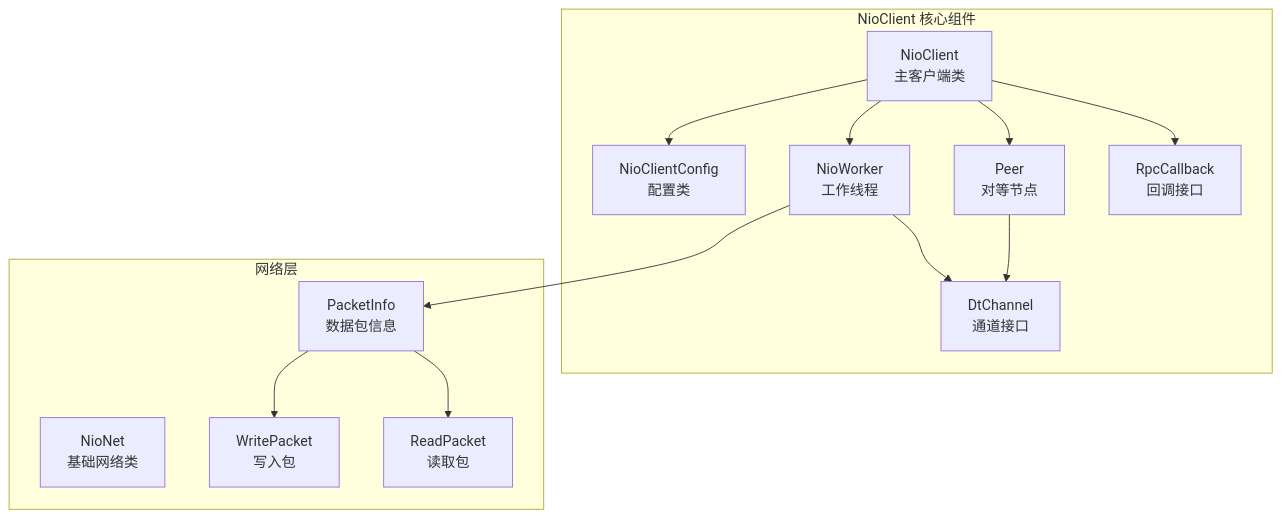
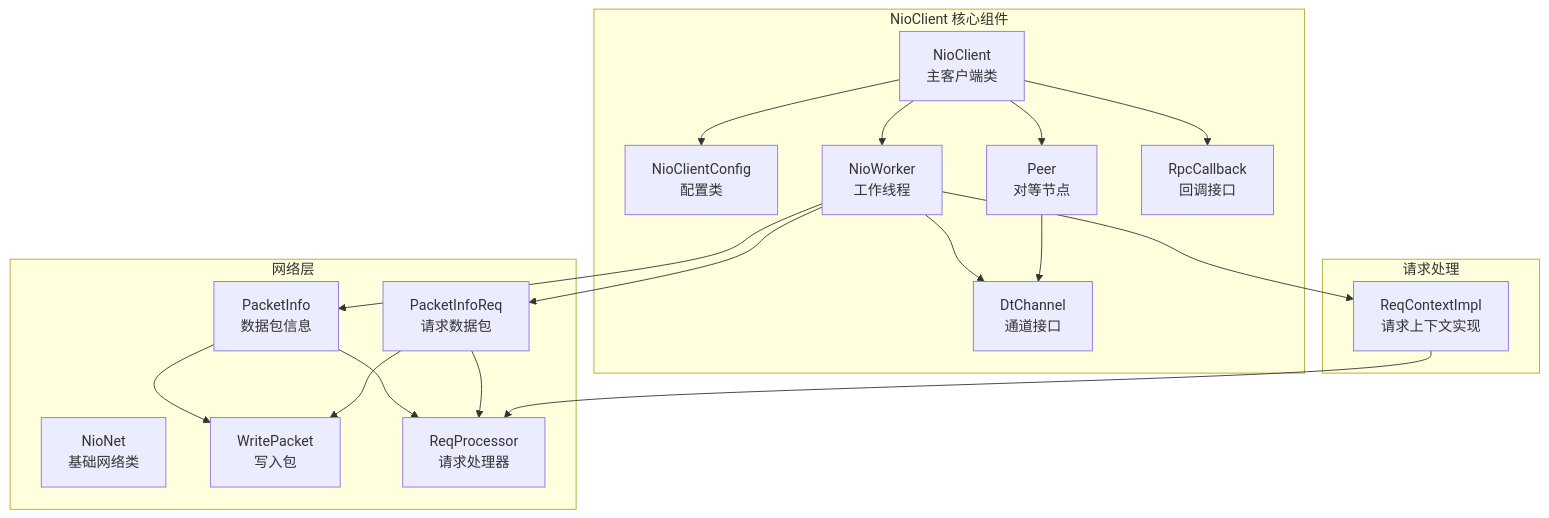
The first of 4 diagrams in .qoder/repowiki/zh/content/网络通信/客户端实现.md (dtprj/dongting), drawn with Mermaid before and after one commit. The commit also changed other lines of this file and 3 other files, not shown here.

````diff
--- a/.qoder/repowiki/zh/content/网络通信/客户端实现.md
+++ b/.qoder/repowiki/zh/content/网络通信/客户端实现.md
@@ -36,26 +48,36 @@
 ```mermaid
 graph TB
 subgraph "NioClient 核心组件"
 NC[NioClient<br/>主客户端类]
 NCConfig[NioClientConfig<br/>配置类]
 NW[NioWorker<br/>工作线程]
 DC[DtChannel<br/>通道接口]
 PC[Peer<br/>对等节点]
 RPC[RpcCallback<br/>回调接口]
 end
 subgraph "网络层"
 NI[NioNet<br/>基础网络类]
 PI[PacketInfo<br/>数据包信息]
+PIR[PacketInfoReq<br/>请求数据包]
 WP[WritePacket<br/>写入包]
 RP[ReadPacket<br/>读取包]
+end
+subgraph "请求处理"
+RCI[ReqContextImpl<br/>请求上下文实现]
+RP[ReqProcessor<br/>请求处理器]
 end
 NC --> NW
 NC --> PC
 NC --> NCConfig
 NW --> DC
 PC --> DC
 NC --> RPC
 NW --> PI
+NW --> PIR
 PI --> WP
 PI --> RP
+PIR --> WP
+PIR --> RP
+NW --> RCI
+RCI --> RP
 ```
````
